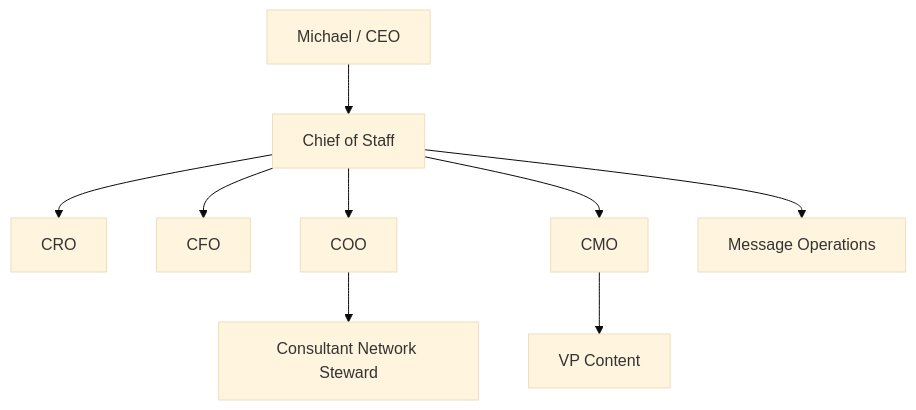
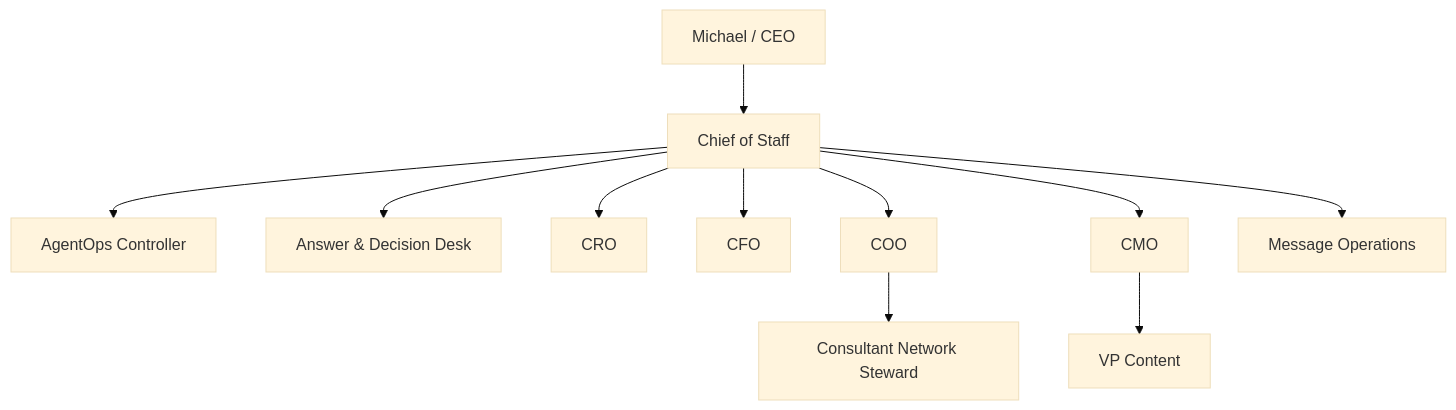
The first of 4 diagrams in docs/delegation-model.md (mkleinbe/mesh-ai-agent-cos-universe), drawn with Mermaid (base theme) before and after one commit. The commit also changed other lines of this file, not shown here.

````diff
--- a/docs/delegation-model.md
+++ b/docs/delegation-model.md
@@ -7,11 +7,13 @@
 ```mermaid
 flowchart TB
     M[Michael / CEO] --> C[Chief of Staff]
+    C --> AO[AgentOps Controller]
+    C --> AD[Answer & Decision Desk]
     C --> CRO[CRO]
     C --> CFO[CFO]
     C --> COO[COO]
     COO --> CNS[Consultant Network Steward]
     C --> CMO[CMO]
     CMO --> VPC[VP Content]
     C --> MSG[Message Operations]
 ```
````
